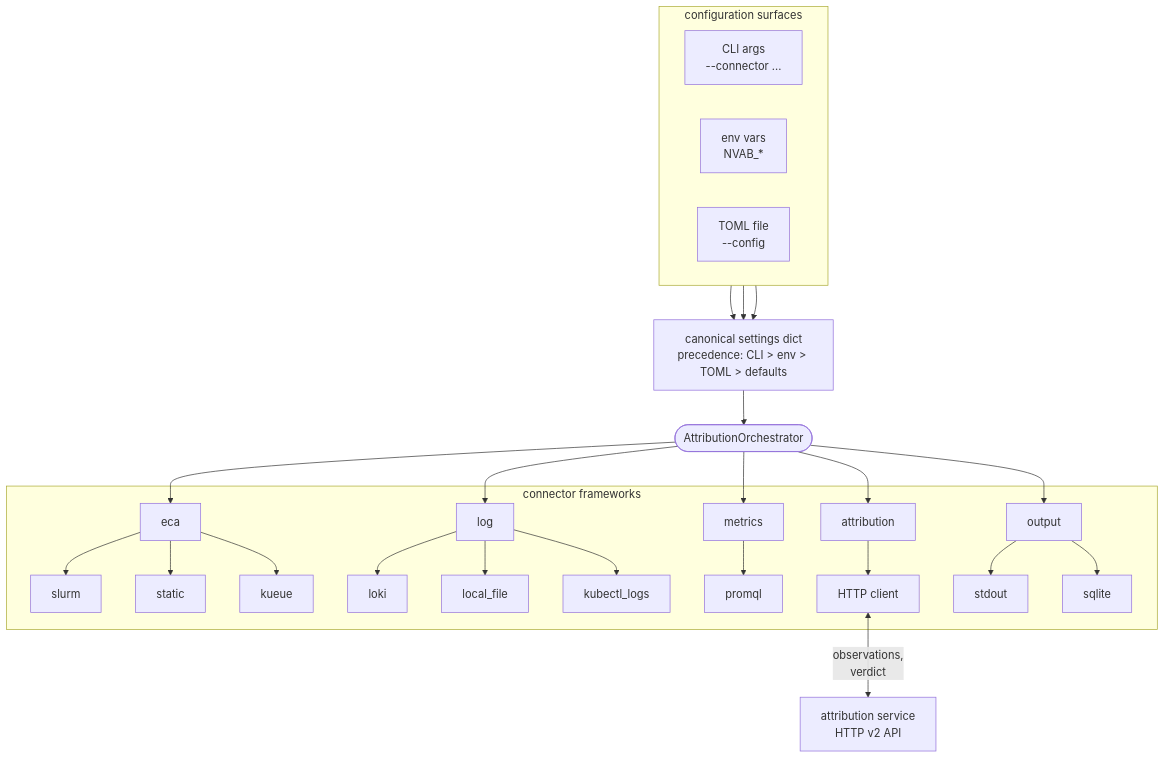
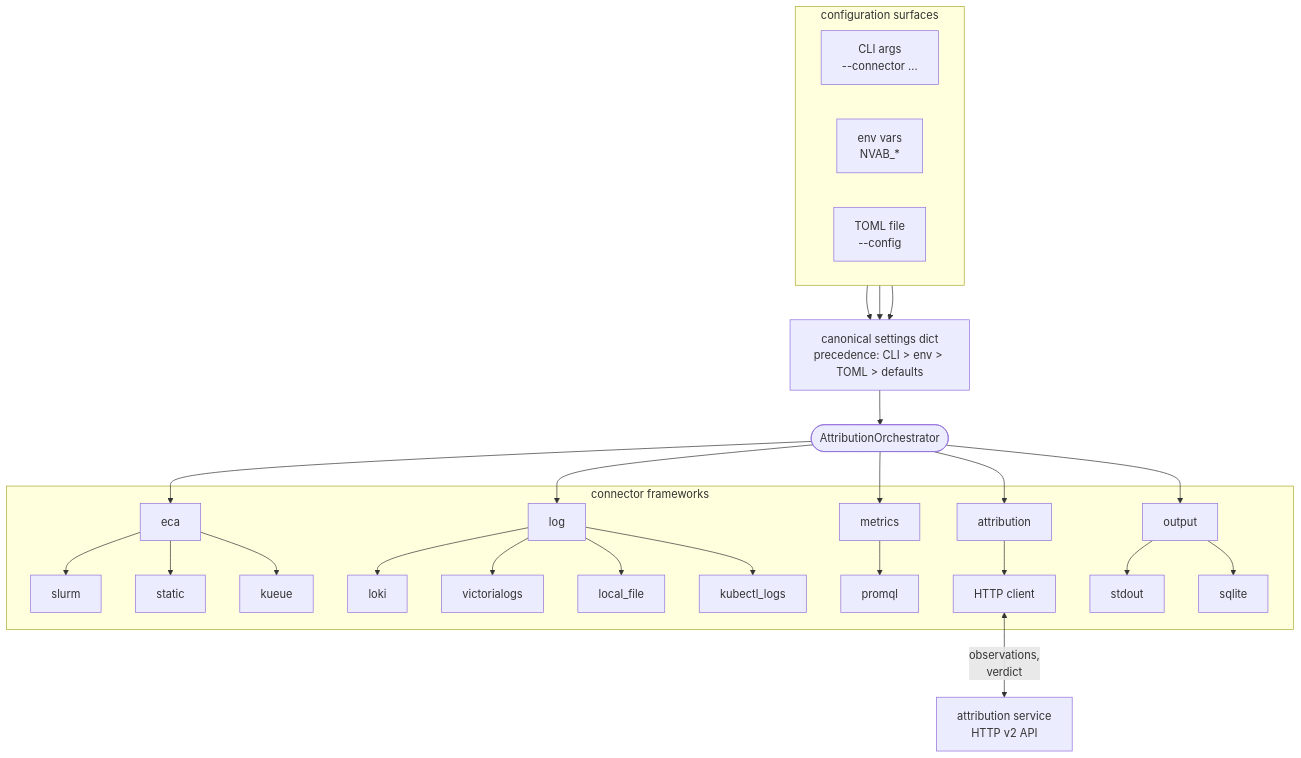
The diagram in docs/ARCHITECTURE.md (dsx-ai-factory/attribution), drawn with Mermaid before and after one commit. The commit also changed other lines of this file and 16 other files, not shown here.

First line of the commit message:
feat(blueprint): add VictoriaLogs log connector

````diff
--- a/docs/ARCHITECTURE.md
+++ b/docs/ARCHITECTURE.md
@@ -14,58 +14,60 @@
 ```mermaid
 flowchart TD
     subgraph cfg["configuration surfaces"]
         direction LR
         CLI[CLI args<br/>--connector ...]
         ENV[env vars<br/>NVAB_*]
         TOML[TOML file<br/>--config]
     end
 
     Settings[canonical settings dict<br/>precedence: CLI > env > TOML > defaults]
 
     Orch([AttributionOrchestrator])
 
     subgraph fw["connector frameworks"]
         ECA[eca]
         ECASlurm[slurm]
         ECAStatic[static]
         ECAKueue[kueue]
         ECA --> ECASlurm
         ECA --> ECAStatic
         ECA --> ECAKueue
 
         Log[log]
         LogLoki[loki]
+        LogVictoriaLogs[victorialogs]
         LogLocal[local_file]
         LogKubectl[kubectl_logs]
         Log --> LogLoki
+        Log --> LogVictoriaLogs
         Log --> LogLocal
         Log --> LogKubectl
 
         Met[metrics]
         MetProm[promql]
         Met --> MetProm
 
         Attr[attribution]
         AttrHTTP[HTTP client]
         Attr --> AttrHTTP
 
         Out[output]
         OutStdout[stdout]
         OutSqlite[sqlite]
         Out --> OutStdout
         Out --> OutSqlite
     end
 
     Service[attribution service<br/>HTTP v2 API]
 
     CLI --> Settings
     ENV --> Settings
     TOML --> Settings
     Settings --> Orch
     Orch --> ECA
     Orch --> Log
     Orch --> Met
     Orch --> Attr
     Orch --> Out
     AttrHTTP <-->|observations,<br/>verdict| Service
 ```
````
